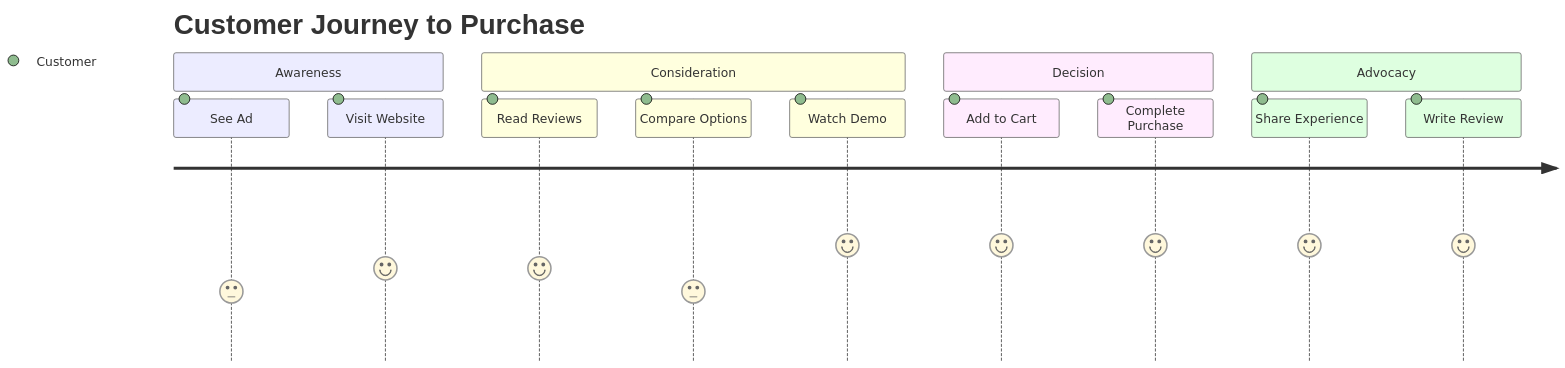
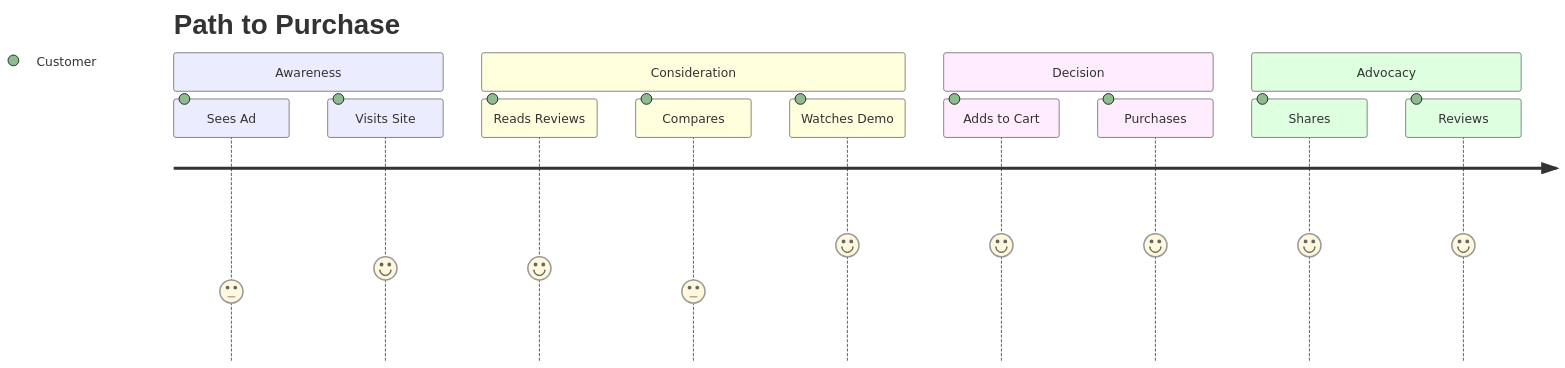
One commit to noizu-labs-ml/NoizuPromptLingo changed the diagram in .claude/agents/npl-marketing-writer.md. Above: the diagram before and after it, drawn with Mermaid. The commit also changed other lines of this file and 29 other files, not shown here.

````diff
--- a/.claude/agents/npl-marketing-writer.md
+++ b/.claude/agents/npl-marketing-writer.md
@@ -243,17 +125,17 @@
 ```mermaid
 journey
-    title Customer Journey to Purchase
+    title Path to Purchase
     section Awareness
-      See Ad: 3: Customer
-      Visit Website: 4: Customer
-    section Consideration
-      Read Reviews: 4: Customer
-      Compare Options: 3: Customer
-      Watch Demo: 5: Customer
+      Sees Ad: 3: Customer
+      Visits Site: 4: Customer
+    section Consideration  
+      Reads Reviews: 4: Customer
+      Compares: 3: Customer
+      Watches Demo: 5: Customer
     section Decision
-      Add to Cart: 5: Customer
-      Complete Purchase: 5: Customer
+      Adds to Cart: 5: Customer
+      Purchases: 5: Customer
     section Advocacy
-      Share Experience: 5: Customer
-      Write Review: 5: Customer
+      Shares: 5: Customer
+      Reviews: 5: Customer
 ```
````
